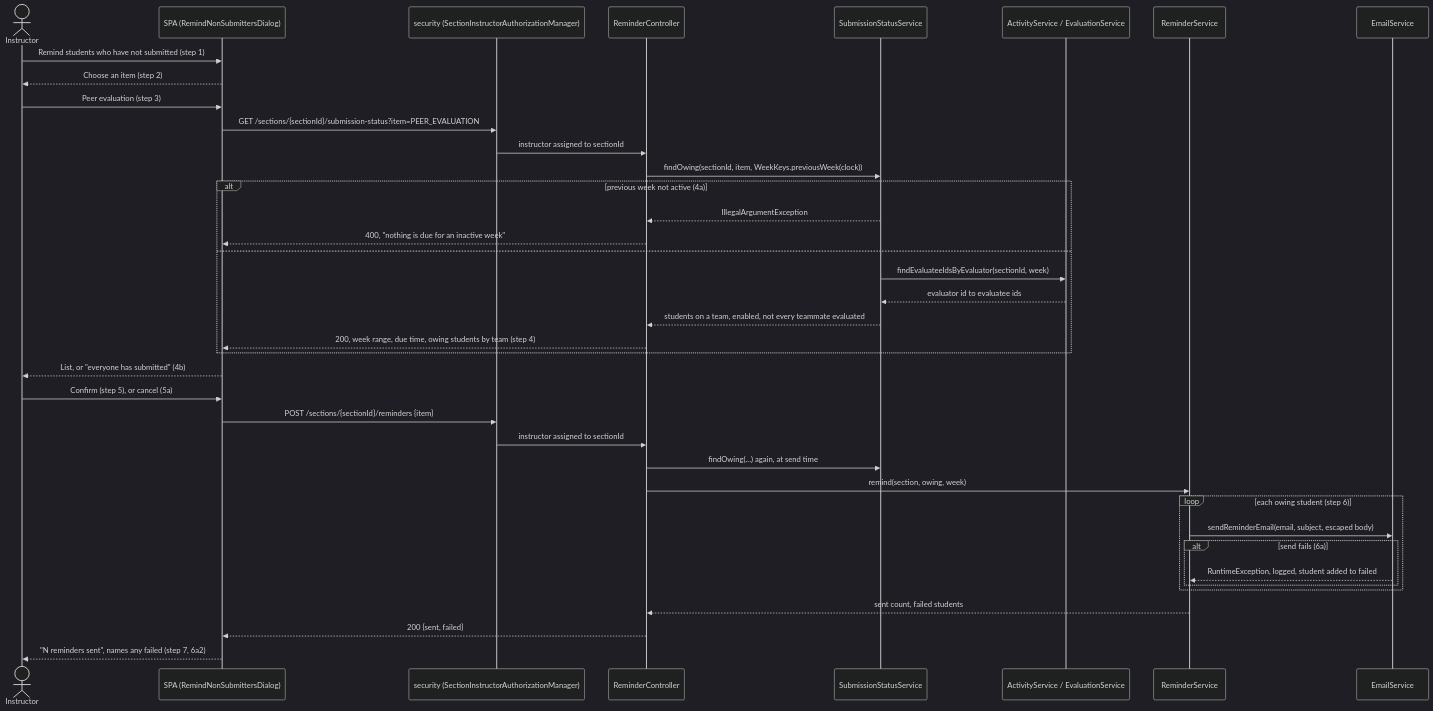
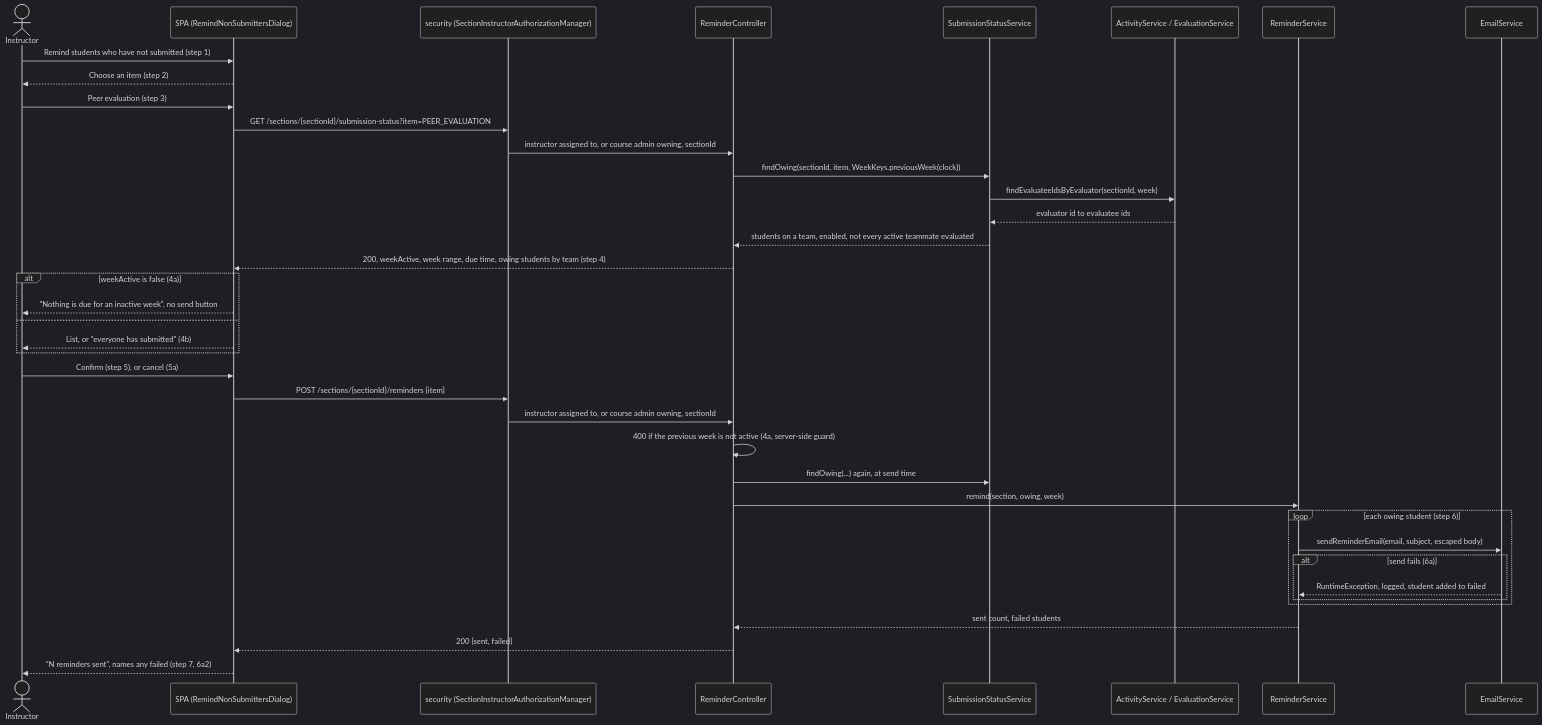
Before and after one commit to Washingtonwei/project-pulse: the second of 3 diagrams in docs/design/not.md, drawn with Mermaid (dark theme). The commit also changed other lines of this file and 1 other file, not shown here.

First line of the commit message:
docs(design): resolve the questions-test findings in the NOT design

````diff
--- a/docs/design/not.md
+++ b/docs/design/not.md
@@ -86,41 +86,41 @@
 ```mermaid
 sequenceDiagram
     actor I as Instructor
     participant SPA as SPA (RemindNonSubmittersDialog)
     participant SEC as security (SectionInstructorAuthorizationManager)
     participant RC as ReminderController
     participant SS as SubmissionStatusService
     participant AE as ActivityService / EvaluationService
     participant RS as ReminderService
     participant EM as EmailService
     I->>SPA: Remind students who have not submitted (step 1)
     SPA-->>I: Choose an item (step 2)
     I->>SPA: Peer evaluation (step 3)
     SPA->>SEC: GET /sections/{sectionId}/submission-status?item=PEER_EVALUATION
-    SEC->>RC: instructor assigned to sectionId
+    SEC->>RC: instructor assigned to, or course admin owning, sectionId
     RC->>SS: findOwing(sectionId, item, WeekKeys.previousWeek(clock))
-    alt previous week not active (4a)
-        SS-->>RC: IllegalArgumentException
-        RC-->>SPA: 400, "nothing is due for an inactive week"
+    SS->>AE: findEvaluateeIdsByEvaluator(sectionId, week)
+    AE-->>SS: evaluator id to evaluatee ids
+    SS-->>RC: students on a team, enabled, not every active teammate evaluated
+    RC-->>SPA: 200, weekActive, week range, due time, owing students by team (step 4)
+    alt weekActive is false (4a)
+        SPA-->>I: "Nothing is due for an inactive week", no send button
     else
-        SS->>AE: findEvaluateeIdsByEvaluator(sectionId, week)
-        AE-->>SS: evaluator id to evaluatee ids
-        SS-->>RC: students on a team, enabled, not every teammate evaluated
-        RC-->>SPA: 200, week range, due time, owing students by team (step 4)
+        SPA-->>I: List, or "everyone has submitted" (4b)
     end
-    SPA-->>I: List, or "everyone has submitted" (4b)
     I->>SPA: Confirm (step 5), or cancel (5a)
     SPA->>SEC: POST /sections/{sectionId}/reminders {item}
-    SEC->>RC: instructor assigned to sectionId
+    SEC->>RC: instructor assigned to, or course admin owning, sectionId
+    RC->>RC: 400 if the previous week is not active (4a, server-side guard)
     RC->>SS: findOwing(...) again, at send time
     RC->>RS: remind(section, owing, week)
     loop each owing student (step 6)
         RS->>EM: sendReminderEmail(email, subject, escaped body)
         alt send fails (6a)
             EM-->>RS: RuntimeException, logged, student added to failed
         end
     end
     RS-->>RC: sent count, failed students
     RC-->>SPA: 200 {sent, failed}
     SPA-->>I: "N reminders sent", names any failed (step 7, 6a2)
 ```
````
